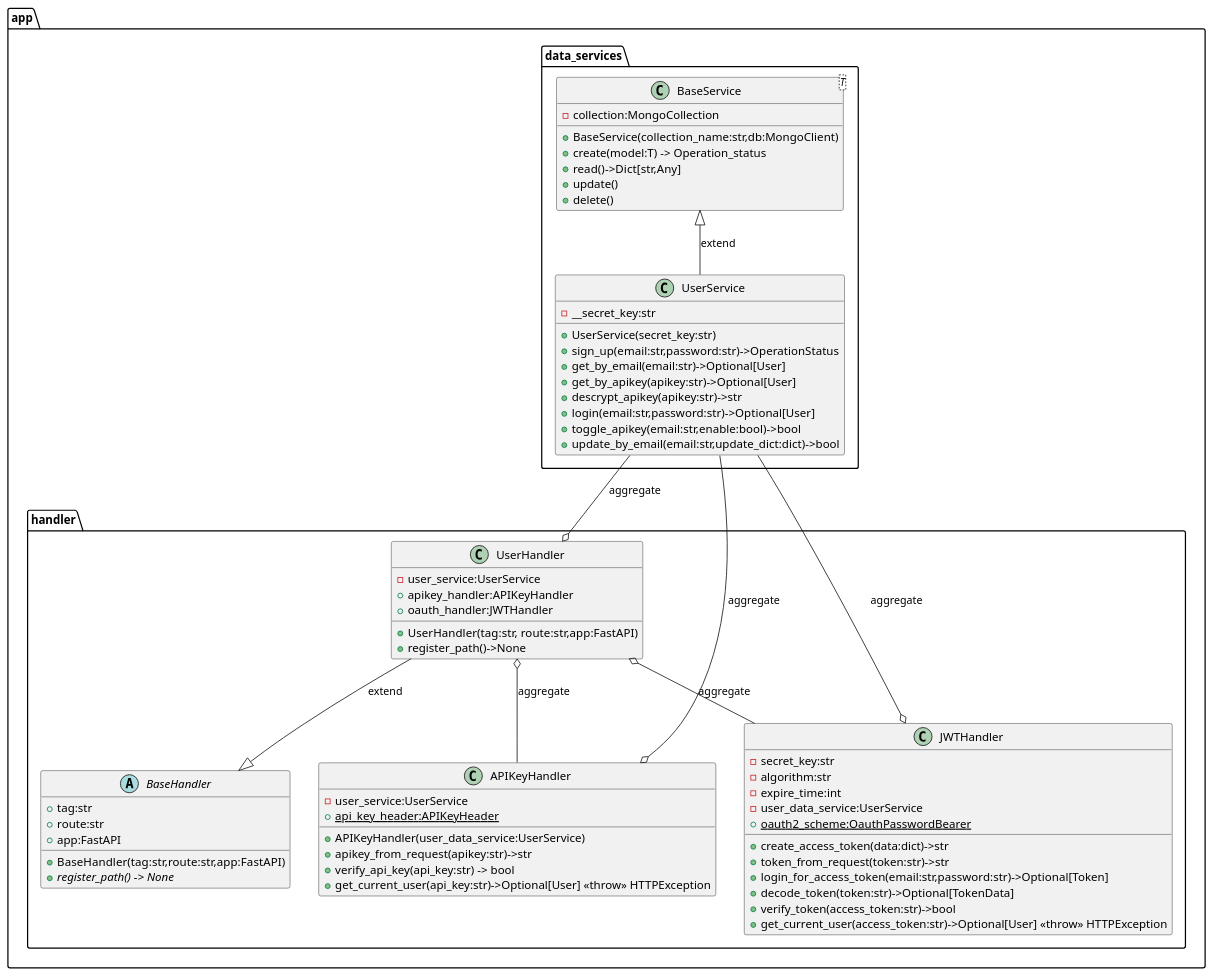
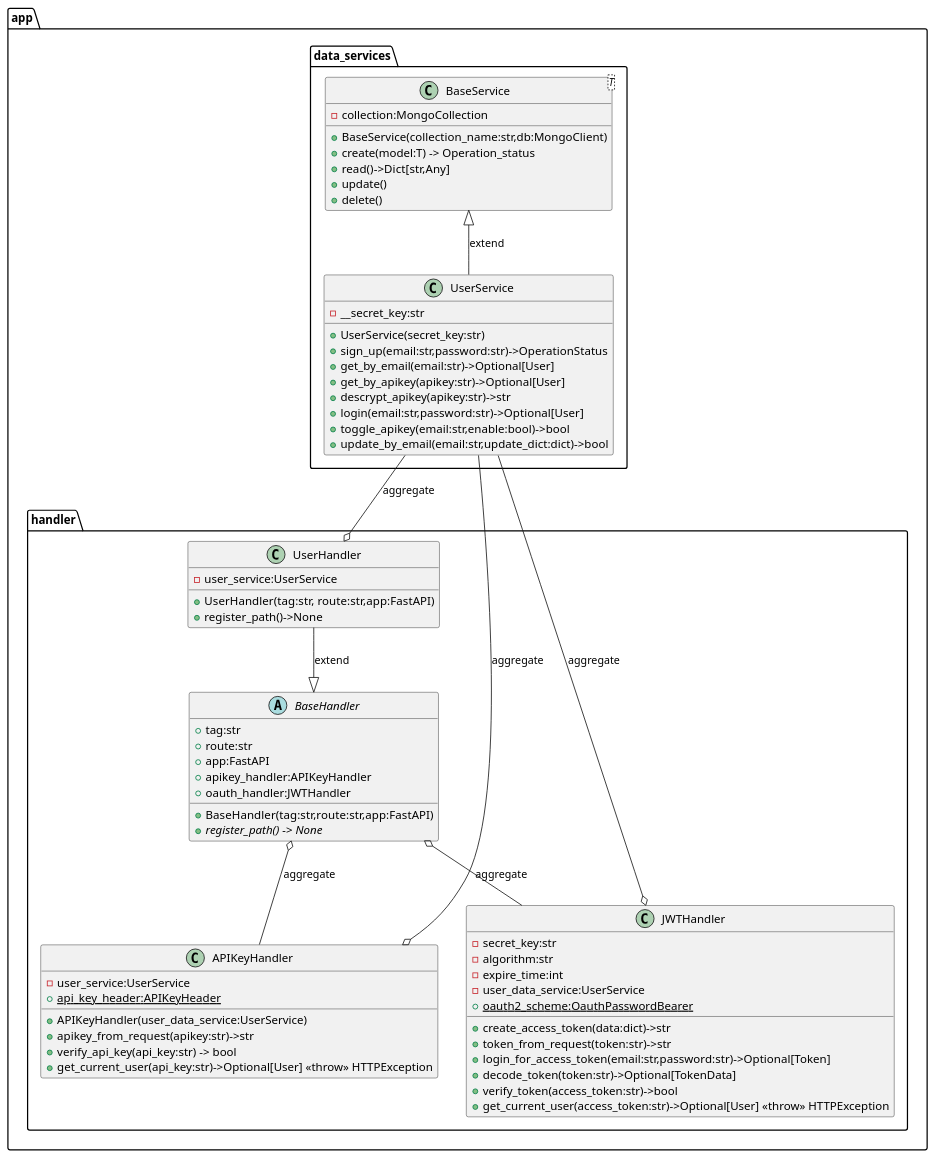
The diagram in design.puml (fbcharles747/Capstone_PV_API), drawn with PlantUML before and after one commit. The commit also changed 2 other files, not shown here.

```diff
--- a/design.puml
+++ b/design.puml
@@ -1,82 +1,82 @@
 @startuml "BaseService diagram"
 
 package app.data_services{
     class BaseService <T> {
         - collection:MongoCollection
         + BaseService(collection_name:str,db:MongoClient)
         + create(model:T) -> Operation_status
         + read()->Dict[str,Any]
         + update()
         + delete()
     }
 
     class UserService{
         - __secret_key:str
         + UserService(secret_key:str)
         + sign_up(email:str,password:str)->OperationStatus
         + get_by_email(email:str)->Optional[User]
         + get_by_apikey(apikey:str)->Optional[User]
         + descrypt_apikey(apikey:str)->str
         + login(email:str,password:str)->Optional[User]
         + toggle_apikey(email:str,enable:bool)->bool
         + update_by_email(email:str,update_dict:dict)->bool
     }
 }
 
 
 package app.handler{
 
     abstract class BaseHandler{
         + tag:str
         + route:str
         + app:FastAPI
+        + apikey_handler:APIKeyHandler
+        + oauth_handler:JWTHandler
 
         + BaseHandler(tag:str,route:str,app:FastAPI)
         + {abstract} register_path() -> None
     }
 
     class UserHandler{
         - user_service:UserService
-        + apikey_handler:APIKeyHandler
-        + oauth_handler:JWTHandler
         + UserHandler(tag:str, route:str,app:FastAPI)
         + register_path()->None
     }
 
 
     class APIKeyHandler{
         - user_service:UserService
         + {static} api_key_header:APIKeyHeader 
         + APIKeyHandler(user_data_service:UserService)
         + apikey_from_request(apikey:str)->str
         + verify_api_key(api_key:str) -> bool
         + get_current_user(api_key:str)->Optional[User] <<throw>> HTTPException
     }
 
     class JWTHandler{
         - secret_key:str
         - algorithm:str
         - expire_time:int
         - user_data_service:UserService
         + {static} oauth2_scheme:OauthPasswordBearer
         + create_access_token(data:dict)->str
         + token_from_request(token:str)->str
         + login_for_access_token(email:str,password:str)->Optional[Token]
         + decode_token(token:str)->Optional[TokenData]
         + verify_token(access_token:str)->bool
         + get_current_user(access_token:str)->Optional[User] <<throw>> HTTPException
 
     }
 }
 
 
 BaseService <|-- UserService: extend
 UserHandler --|> BaseHandler: extend
-UserHandler o-- APIKeyHandler:aggregate
-UserHandler o-- JWTHandler:aggregate
+BaseHandler o-- APIKeyHandler:aggregate
+BaseHandler o-- JWTHandler:aggregate
 UserService --o UserHandler:aggregate
 UserService --o APIKeyHandler: aggregate
 UserService --o JWTHandler:aggregate
 
 
 @enduml
```
